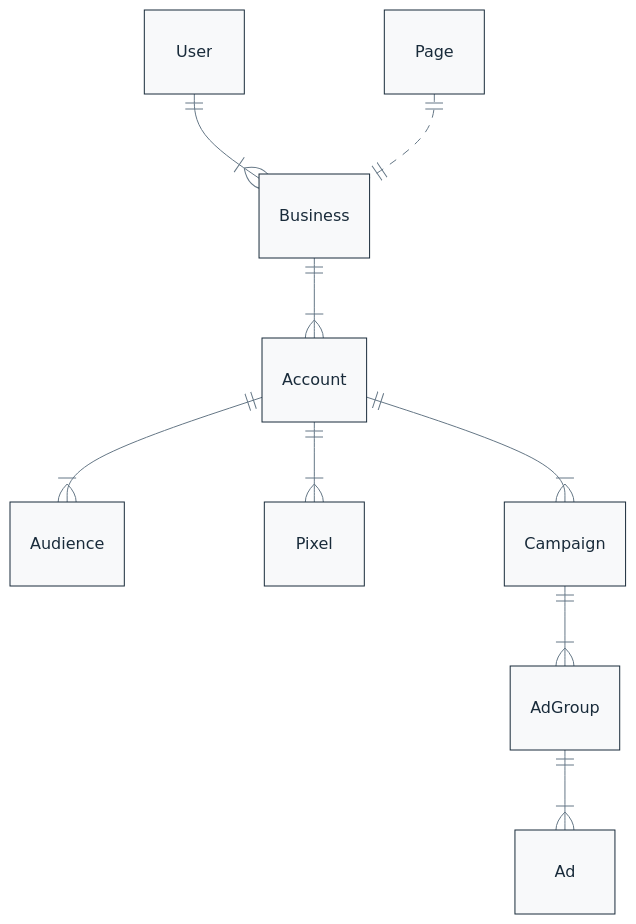
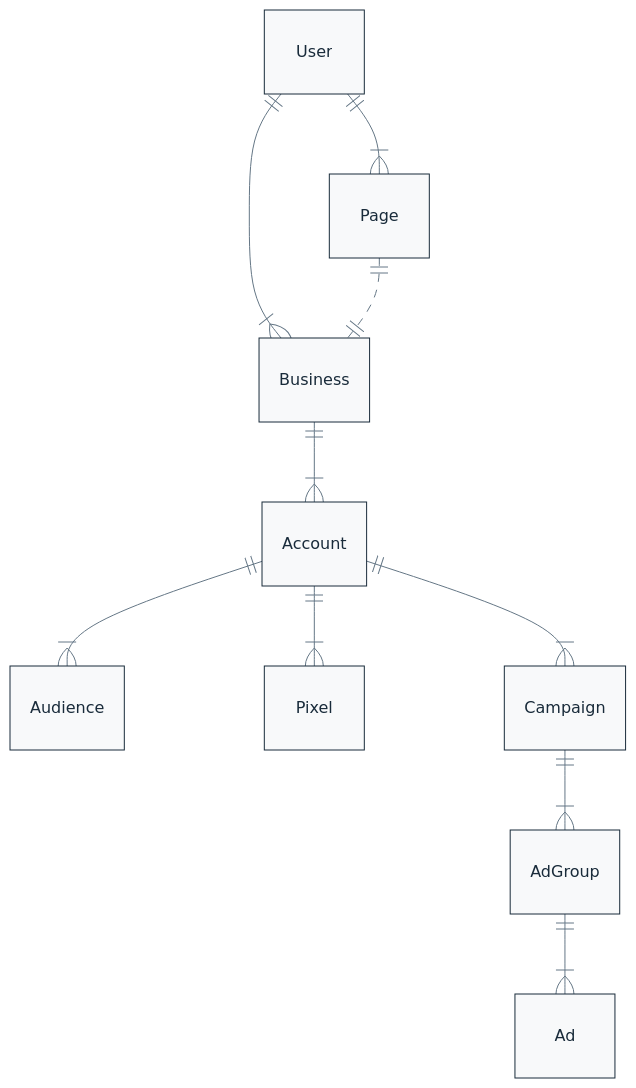
One commit to kobusjoubert/active_ad changed the diagram in README.md. Above: the diagram before and after it, drawn with Mermaid. The commit also changed 8 other files, not shown here.

````diff
--- a/README.md
+++ b/README.md
@@ -113,23 +113,24 @@
 ```mermaid
 %%{
   init: {
     'theme': 'base',
     'themeVariables': {
       'primaryColor': '#f8f9fa',
       'primaryTextColor': '#192b3a',
       'primaryBorderColor': '#192b3a',
       'textColor': '#192b3a',
       'lineColor': '#657786'
     }
   }
 }%%
   erDiagram
+    User ||--|{ Page : ""
     User ||--|{ Business : ""
     Page ||..|| Business : ""
     Business ||--|{ Account : ""
     Account ||--|{ Audience : ""
     Account ||--|{ Pixel : ""
     Account ||--|{ Campaign : ""
     Campaign ||--|{ AdGroup : ""
     AdGroup ||--|{ Ad : ""
 ```
````
